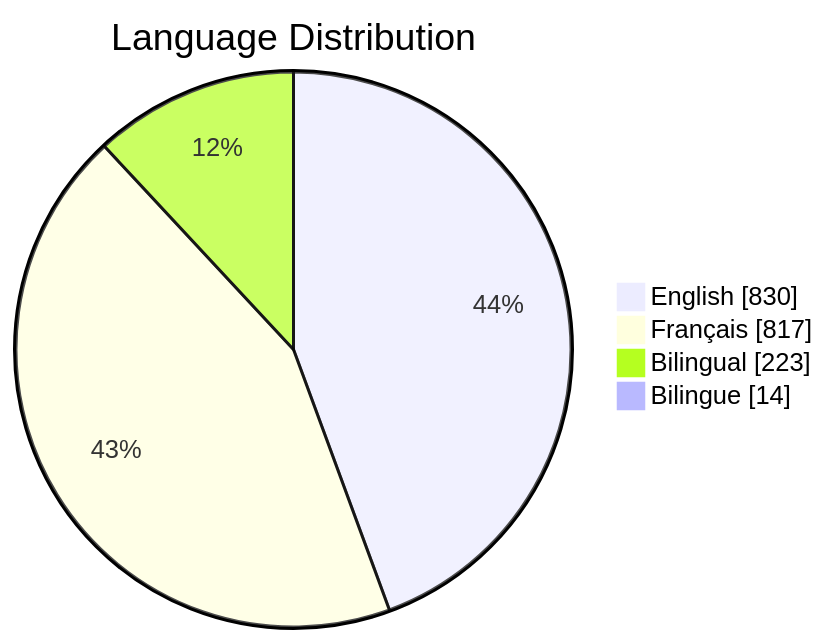
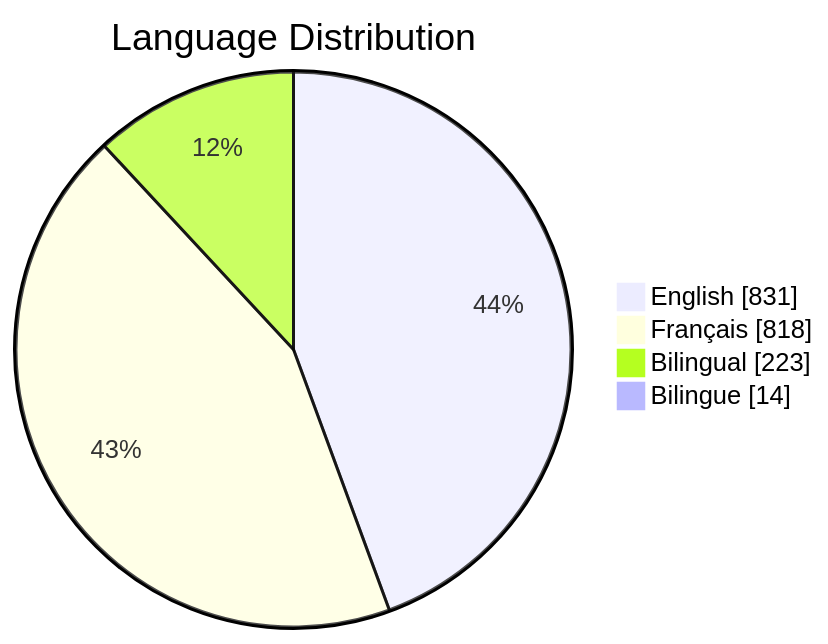
One commit to PatLittle/GC-Socials changed the third of 6 diagrams in README.md. Above: the diagram before and after it, drawn with Mermaid. The commit also changed other lines of this file, not shown here.

Commit message:
Update README with Platform Distribution pie chart

````diff
--- a/README.md
+++ b/README.md
@@ -65,7 +65,7 @@
 ```mermaid
 pie showData title Language Distribution
-    "English": 830
-    "Français": 817
+    "English": 831
+    "Français": 818
     "Bilingual": 223
     "Bilingue": 14
 ```
````
